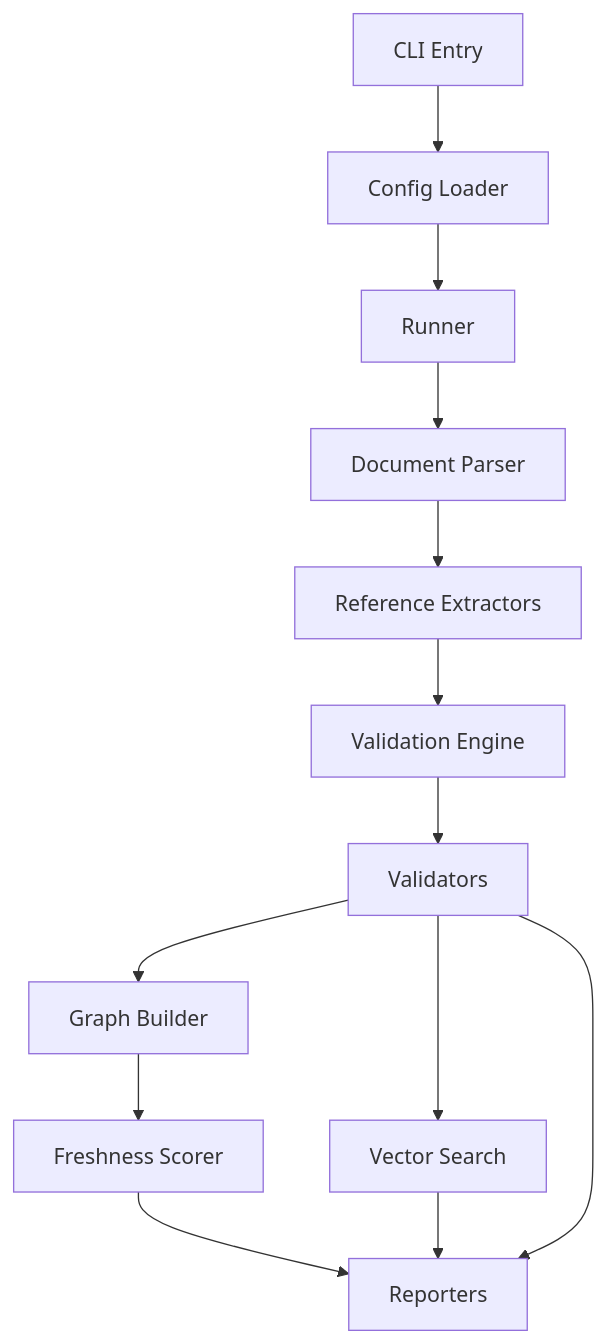
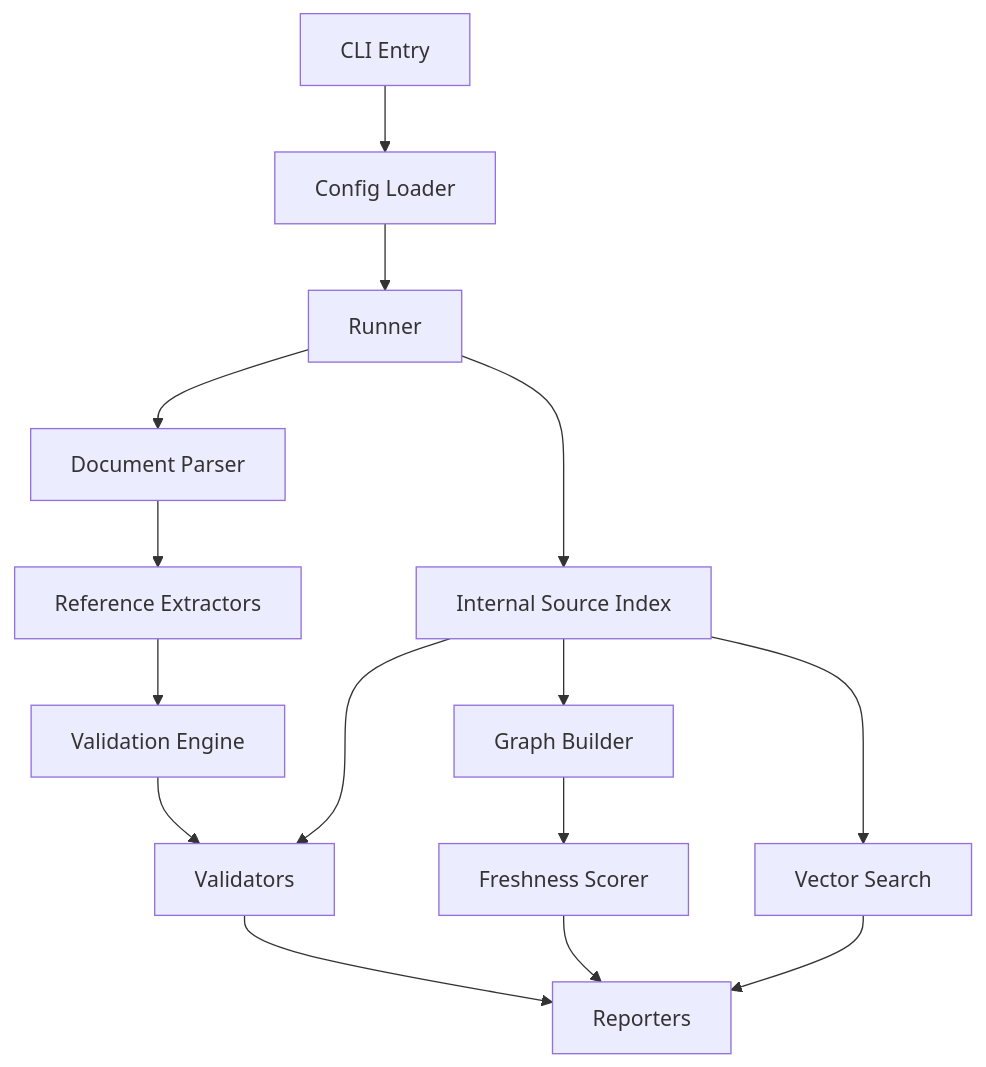
One commit to cosmocoder/doc-freshness-checker changed the diagram in docs/runtime-architecture.md. Above: the diagram before and after it, drawn with Mermaid. The commit also changed other lines of this file and 14 other files, not shown here.

````diff
--- a/docs/runtime-architecture.md
+++ b/docs/runtime-architecture.md
@@ -7,27 +7,30 @@
 ```mermaid
 flowchart TD
     cli[CLI Entry]
     configLoader[Config Loader]
     runner[Runner]
     parser[Document Parser]
     extractors[Reference Extractors]
     engine[Validation Engine]
     validators[Validators]
+    sourceIndex[Internal Source Index]
     graphBuild[Graph Builder]
     scoring[Freshness Scorer]
     vectorSearch[Vector Search]
     reporters[Reporters]
 
     cli --> configLoader
     configLoader --> runner
     runner --> parser
     parser --> extractors
     extractors --> engine
     engine --> validators
-    validators --> graphBuild
+    runner --> sourceIndex
+    sourceIndex --> validators
+    sourceIndex --> graphBuild
     graphBuild --> scoring
-    validators --> vectorSearch
+    sourceIndex --> vectorSearch
     scoring --> reporters
     vectorSearch --> reporters
     validators --> reporters
 ```
````
